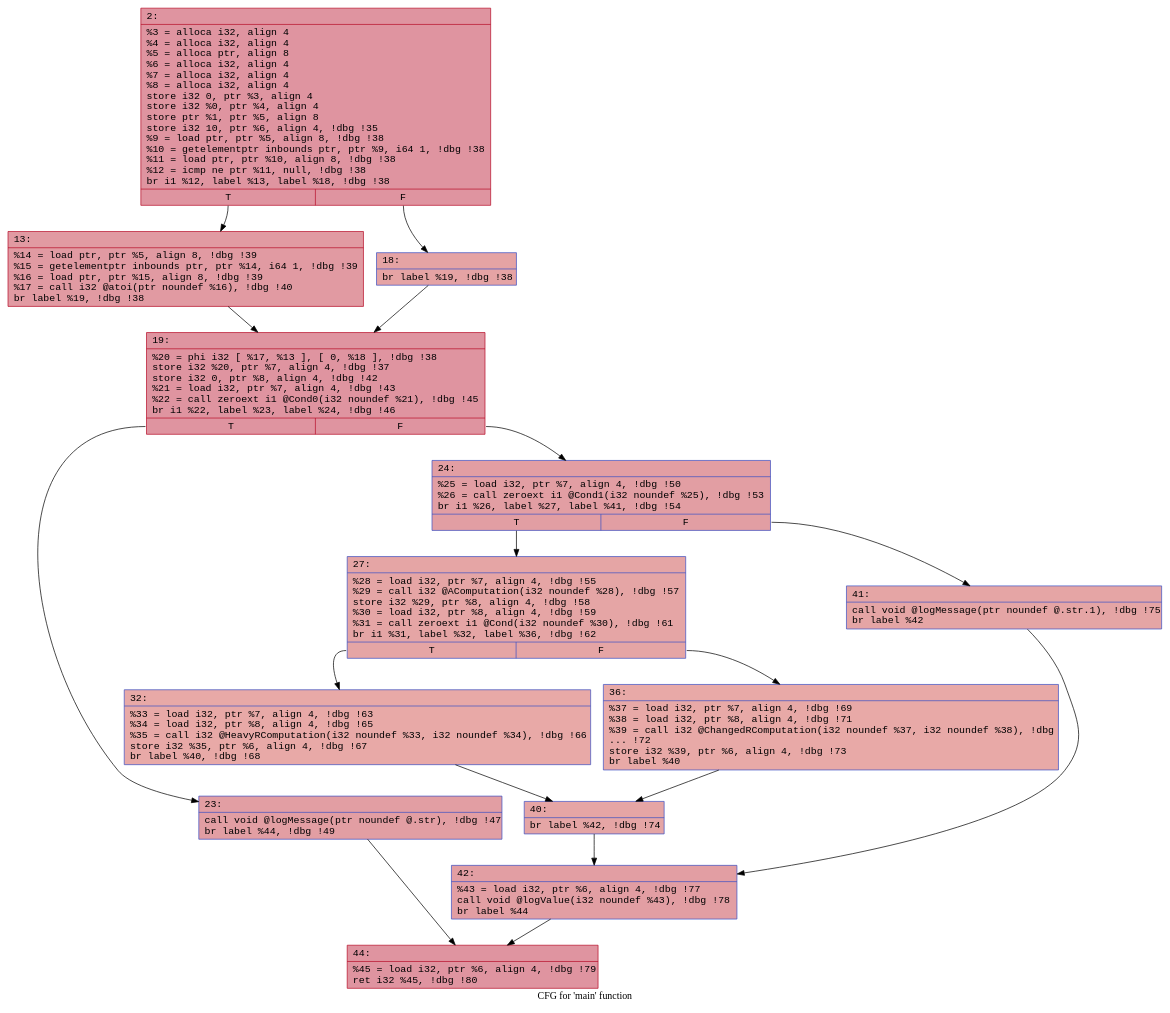
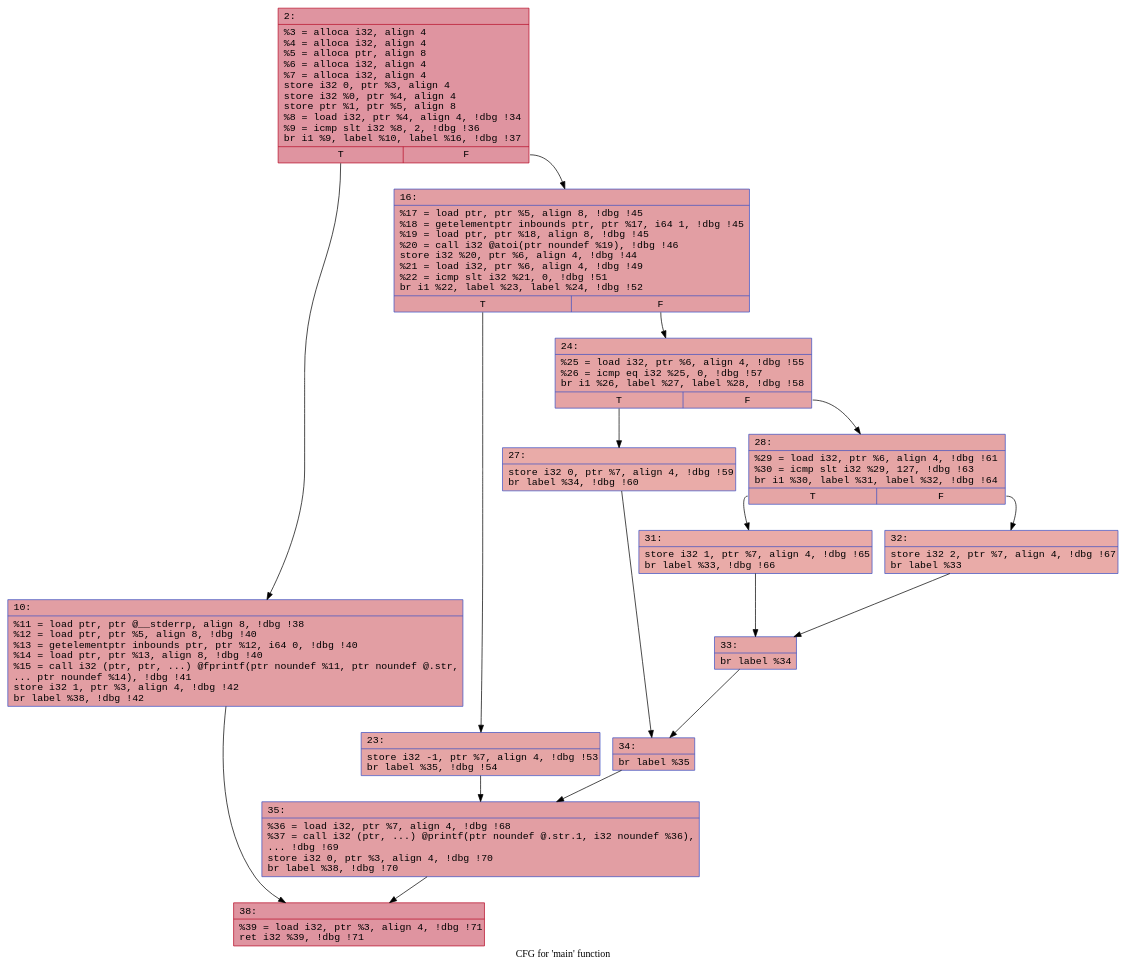
One commit to FelicitasGarcia/MimicryMonitor changed the diagram in llvm/feli/cfgs/mainPUA.dot. Above: the diagram before and after it, drawn with Graphviz. The commit also changed 46 other files, not shown here.

```diff
--- a/llvm/feli/cfgs/mainPUA.dot
+++ b/llvm/feli/cfgs/mainPUA.dot
@@ -1,33 +1,33 @@
 digraph "CFG for 'main' function" {
 	label="CFG for 'main' function";
 
-	Node0x600003ea89b0 [shape=record,color="#b70d28ff", style=filled, fillcolor="#b70d2870" fontname="Courier",label="{2:\l|  %3 = alloca i32, align 4\l  %4 = alloca i32, align 4\l  %5 = alloca ptr, align 8\l  %6 = alloca i32, align 4\l  %7 = alloca i32, align 4\l  %8 = alloca i32, align 4\l  store i32 0, ptr %3, align 4\l  store i32 %0, ptr %4, align 4\l  store ptr %1, ptr %5, align 8\l  store i32 10, ptr %6, align 4, !dbg !35\l  %9 = load ptr, ptr %5, align 8, !dbg !38\l  %10 = getelementptr inbounds ptr, ptr %9, i64 1, !dbg !38\l  %11 = load ptr, ptr %10, align 8, !dbg !38\l  %12 = icmp ne ptr %11, null, !dbg !38\l  br i1 %12, label %13, label %18, !dbg !38\l|{<s0>T|<s1>F}}"];
-	Node0x600003ea89b0:s0 -> Node0x600003ea8a50;
-	Node0x600003ea89b0:s1 -> Node0x600003ea8aa0;
-	Node0x600003ea8a50 [shape=record,color="#b70d28ff", style=filled, fillcolor="#bb1b2c70" fontname="Courier",label="{13:\l|  %14 = load ptr, ptr %5, align 8, !dbg !39\l  %15 = getelementptr inbounds ptr, ptr %14, i64 1, !dbg !39\l  %16 = load ptr, ptr %15, align 8, !dbg !39\l  %17 = call i32 @atoi(ptr noundef %16), !dbg !40\l  br label %19, !dbg !38\l}"];
-	Node0x600003ea8a50 -> Node0x600003ea8b40;
-	Node0x600003ea8aa0 [shape=record,color="#3d50c3ff", style=filled, fillcolor="#c32e3170" fontname="Courier",label="{18:\l|  br label %19, !dbg !38\l}"];
-	Node0x600003ea8aa0 -> Node0x600003ea8b40;
-	Node0x600003ea8b40 [shape=record,color="#b70d28ff", style=filled, fillcolor="#b70d2870" fontname="Courier",label="{19:\l|  %20 = phi i32 [ %17, %13 ], [ 0, %18 ], !dbg !38\l  store i32 %20, ptr %7, align 4, !dbg !37\l  store i32 0, ptr %8, align 4, !dbg !42\l  %21 = load i32, ptr %7, align 4, !dbg !43\l  %22 = call zeroext i1 @Cond0(i32 noundef %21), !dbg !45\l  br i1 %22, label %23, label %24, !dbg !46\l|{<s0>T|<s1>F}}"];
-	Node0x600003ea8b40:s0 -> Node0x600003ea8c30;
-	Node0x600003ea8b40:s1 -> Node0x600003ea8c80;
-	Node0x600003ea8c30 [shape=record,color="#3d50c3ff", style=filled, fillcolor="#be242e70" fontname="Courier",label="{23:\l|  call void @logMessage(ptr noundef @.str), !dbg !47\l  br label %44, !dbg !49\l}"];
-	Node0x600003ea8c30 -> Node0x600003ea8d20;
-	Node0x600003ea8c80 [shape=record,color="#3d50c3ff", style=filled, fillcolor="#be242e70" fontname="Courier",label="{24:\l|  %25 = load i32, ptr %7, align 4, !dbg !50\l  %26 = call zeroext i1 @Cond1(i32 noundef %25), !dbg !53\l  br i1 %26, label %27, label %41, !dbg !54\l|{<s0>T|<s1>F}}"];
-	Node0x600003ea8c80:s0 -> Node0x600003ea8dc0;
-	Node0x600003ea8c80:s1 -> Node0x600003ea8e10;
-	Node0x600003ea8dc0 [shape=record,color="#3d50c3ff", style=filled, fillcolor="#c5333470" fontname="Courier",label="{27:\l|  %28 = load i32, ptr %7, align 4, !dbg !55\l  %29 = call i32 @AComputation(i32 noundef %28), !dbg !57\l  store i32 %29, ptr %8, align 4, !dbg !58\l  %30 = load i32, ptr %8, align 4, !dbg !59\l  %31 = call zeroext i1 @Cond(i32 noundef %30), !dbg !61\l  br i1 %31, label %32, label %36, !dbg !62\l|{<s0>T|<s1>F}}"];
-	Node0x600003ea8dc0:s0 -> Node0x600003ea8f00;
-	Node0x600003ea8dc0:s1 -> Node0x600003ea8f50;
-	Node0x600003ea8f00 [shape=record,color="#3d50c3ff", style=filled, fillcolor="#ca3b3770" fontname="Courier",label="{32:\l|  %33 = load i32, ptr %7, align 4, !dbg !63\l  %34 = load i32, ptr %8, align 4, !dbg !65\l  %35 = call i32 @HeavyRComputation(i32 noundef %33, i32 noundef %34), !dbg !66\l  store i32 %35, ptr %6, align 4, !dbg !67\l  br label %40, !dbg !68\l}"];
-	Node0x600003ea8f00 -> Node0x600003ea8ff0;
-	Node0x600003ea8f50 [shape=record,color="#3d50c3ff", style=filled, fillcolor="#ca3b3770" fontname="Courier",label="{36:\l|  %37 = load i32, ptr %7, align 4, !dbg !69\l  %38 = load i32, ptr %8, align 4, !dbg !71\l  %39 = call i32 @ChangedRComputation(i32 noundef %37, i32 noundef %38), !dbg\l... !72\l  store i32 %39, ptr %6, align 4, !dbg !73\l  br label %40\l}"];
-	Node0x600003ea8f50 -> Node0x600003ea8ff0;
-	Node0x600003ea8ff0 [shape=record,color="#3d50c3ff", style=filled, fillcolor="#c5333470" fontname="Courier",label="{40:\l|  br label %42, !dbg !74\l}"];
-	Node0x600003ea8ff0 -> Node0x600003ea9090;
-	Node0x600003ea8e10 [shape=record,color="#3d50c3ff", style=filled, fillcolor="#c5333470" fontname="Courier",label="{41:\l|  call void @logMessage(ptr noundef @.str.1), !dbg !75\l  br label %42\l}"];
-	Node0x600003ea8e10 -> Node0x600003ea9090;
-	Node0x600003ea9090 [shape=record,color="#3d50c3ff", style=filled, fillcolor="#be242e70" fontname="Courier",label="{42:\l|  %43 = load i32, ptr %6, align 4, !dbg !77\l  call void @logValue(i32 noundef %43), !dbg !78\l  br label %44\l}"];
-	Node0x600003ea9090 -> Node0x600003ea8d20;
-	Node0x600003ea8d20 [shape=record,color="#b70d28ff", style=filled, fillcolor="#b70d2870" fontname="Courier",label="{44:\l|  %45 = load i32, ptr %6, align 4, !dbg !79\l  ret i32 %45, !dbg !80\l}"];
+	Node0x6000030d8190 [shape=record,color="#b70d28ff", style=filled, fillcolor="#b70d2870" fontname="Courier",label="{2:\l|  %3 = alloca i32, align 4\l  %4 = alloca i32, align 4\l  %5 = alloca ptr, align 8\l  %6 = alloca i32, align 4\l  %7 = alloca i32, align 4\l  store i32 0, ptr %3, align 4\l  store i32 %0, ptr %4, align 4\l  store ptr %1, ptr %5, align 8\l  %8 = load i32, ptr %4, align 4, !dbg !34\l  %9 = icmp slt i32 %8, 2, !dbg !36\l  br i1 %9, label %10, label %16, !dbg !37\l|{<s0>T|<s1>F}}"];
+	Node0x6000030d8190:s0 -> Node0x6000030d8230;
+	Node0x6000030d8190:s1 -> Node0x6000030d8280;
+	Node0x6000030d8230 [shape=record,color="#3d50c3ff", style=filled, fillcolor="#be242e70" fontname="Courier",label="{10:\l|  %11 = load ptr, ptr @__stderrp, align 8, !dbg !38\l  %12 = load ptr, ptr %5, align 8, !dbg !40\l  %13 = getelementptr inbounds ptr, ptr %12, i64 0, !dbg !40\l  %14 = load ptr, ptr %13, align 8, !dbg !40\l  %15 = call i32 (ptr, ptr, ...) @fprintf(ptr noundef %11, ptr noundef @.str,\l... ptr noundef %14), !dbg !41\l  store i32 1, ptr %3, align 4, !dbg !42\l  br label %38, !dbg !42\l}"];
+	Node0x6000030d8230 -> Node0x6000030d8320;
+	Node0x6000030d8280 [shape=record,color="#3d50c3ff", style=filled, fillcolor="#be242e70" fontname="Courier",label="{16:\l|  %17 = load ptr, ptr %5, align 8, !dbg !45\l  %18 = getelementptr inbounds ptr, ptr %17, i64 1, !dbg !45\l  %19 = load ptr, ptr %18, align 8, !dbg !45\l  %20 = call i32 @atoi(ptr noundef %19), !dbg !46\l  store i32 %20, ptr %6, align 4, !dbg !44\l  %21 = load i32, ptr %6, align 4, !dbg !49\l  %22 = icmp slt i32 %21, 0, !dbg !51\l  br i1 %22, label %23, label %24, !dbg !52\l|{<s0>T|<s1>F}}"];
+	Node0x6000030d8280:s0 -> Node0x6000030d83c0;
+	Node0x6000030d8280:s1 -> Node0x6000030d8410;
+	Node0x6000030d83c0 [shape=record,color="#3d50c3ff", style=filled, fillcolor="#c5333470" fontname="Courier",label="{23:\l|  store i32 -1, ptr %7, align 4, !dbg !53\l  br label %35, !dbg !54\l}"];
+	Node0x6000030d83c0 -> Node0x6000030d8460;
+	Node0x6000030d8410 [shape=record,color="#3d50c3ff", style=filled, fillcolor="#c32e3170" fontname="Courier",label="{24:\l|  %25 = load i32, ptr %6, align 4, !dbg !55\l  %26 = icmp eq i32 %25, 0, !dbg !57\l  br i1 %26, label %27, label %28, !dbg !58\l|{<s0>T|<s1>F}}"];
+	Node0x6000030d8410:s0 -> Node0x6000030d84b0;
+	Node0x6000030d8410:s1 -> Node0x6000030d8500;
+	Node0x6000030d84b0 [shape=record,color="#3d50c3ff", style=filled, fillcolor="#cc403a70" fontname="Courier",label="{27:\l|  store i32 0, ptr %7, align 4, !dbg !59\l  br label %34, !dbg !60\l}"];
+	Node0x6000030d84b0 -> Node0x6000030d8550;
+	Node0x6000030d8500 [shape=record,color="#3d50c3ff", style=filled, fillcolor="#c5333470" fontname="Courier",label="{28:\l|  %29 = load i32, ptr %6, align 4, !dbg !61\l  %30 = icmp slt i32 %29, 127, !dbg !63\l  br i1 %30, label %31, label %32, !dbg !64\l|{<s0>T|<s1>F}}"];
+	Node0x6000030d8500:s0 -> Node0x6000030d85a0;
+	Node0x6000030d8500:s1 -> Node0x6000030d85f0;
+	Node0x6000030d85a0 [shape=record,color="#3d50c3ff", style=filled, fillcolor="#cc403a70" fontname="Courier",label="{31:\l|  store i32 1, ptr %7, align 4, !dbg !65\l  br label %33, !dbg !66\l}"];
+	Node0x6000030d85a0 -> Node0x6000030d8640;
+	Node0x6000030d85f0 [shape=record,color="#3d50c3ff", style=filled, fillcolor="#cc403a70" fontname="Courier",label="{32:\l|  store i32 2, ptr %7, align 4, !dbg !67\l  br label %33\l}"];
+	Node0x6000030d85f0 -> Node0x6000030d8640;
+	Node0x6000030d8640 [shape=record,color="#3d50c3ff", style=filled, fillcolor="#c5333470" fontname="Courier",label="{33:\l|  br label %34\l}"];
+	Node0x6000030d8640 -> Node0x6000030d8550;
+	Node0x6000030d8550 [shape=record,color="#3d50c3ff", style=filled, fillcolor="#c32e3170" fontname="Courier",label="{34:\l|  br label %35\l}"];
+	Node0x6000030d8550 -> Node0x6000030d8460;
+	Node0x6000030d8460 [shape=record,color="#3d50c3ff", style=filled, fillcolor="#be242e70" fontname="Courier",label="{35:\l|  %36 = load i32, ptr %7, align 4, !dbg !68\l  %37 = call i32 (ptr, ...) @printf(ptr noundef @.str.1, i32 noundef %36),\l... !dbg !69\l  store i32 0, ptr %3, align 4, !dbg !70\l  br label %38, !dbg !70\l}"];
+	Node0x6000030d8460 -> Node0x6000030d8320;
+	Node0x6000030d8320 [shape=record,color="#b70d28ff", style=filled, fillcolor="#b70d2870" fontname="Courier",label="{38:\l|  %39 = load i32, ptr %3, align 4, !dbg !71\l  ret i32 %39, !dbg !71\l}"];
 }
```
